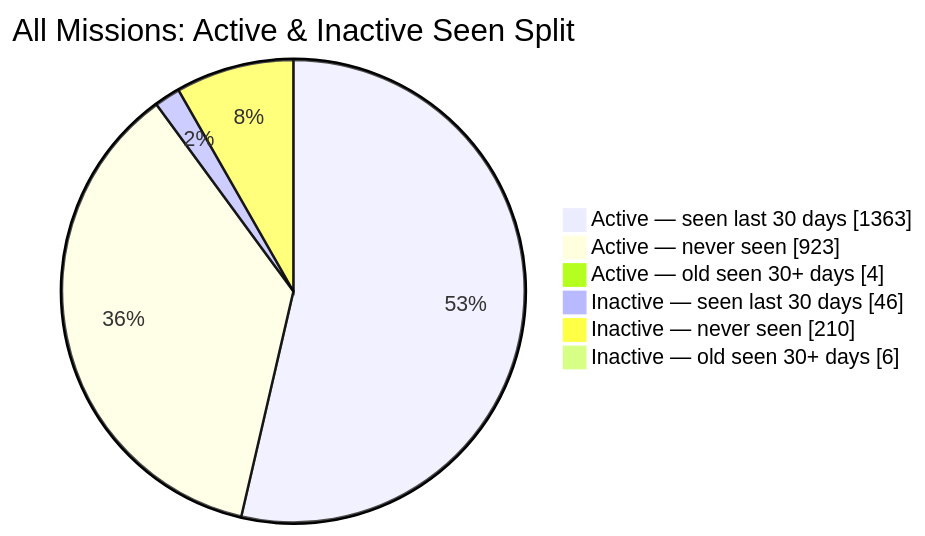
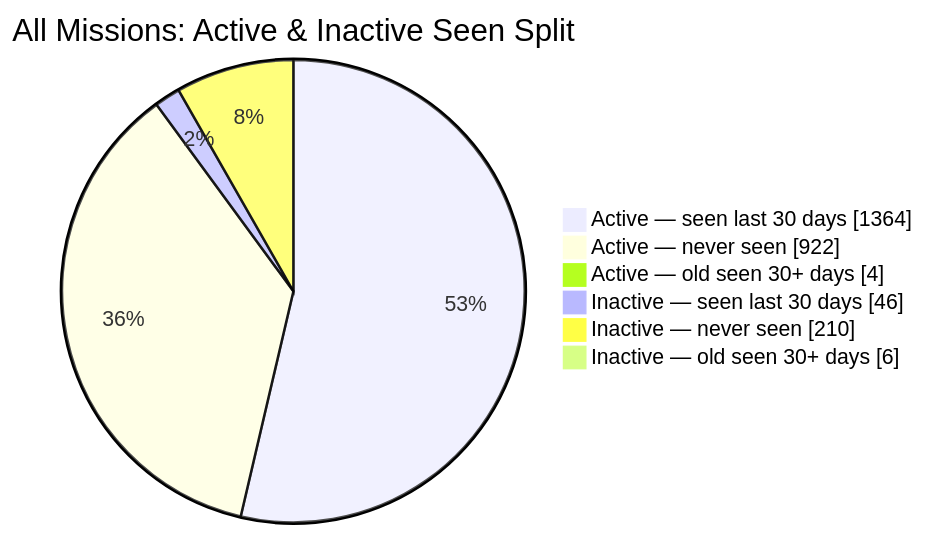
The second of 2 diagrams in README.md (MeldkamerspelGameTeam/active-missions), drawn with Mermaid before and after one commit. The commit also changed other lines of this file and 2 other files, not shown here.

````diff
--- a/README.md
+++ b/README.md
@@ -44,10 +44,10 @@
 ```mermaid
 pie showData
     title All Missions: Active & Inactive Seen Split
-    "Active — seen last 30 days" : 1363
-    "Active — never seen" : 923
+    "Active — seen last 30 days" : 1364
+    "Active — never seen" : 922
     "Active — old seen 30+ days" : 4
     "Inactive — seen last 30 days" : 46
     "Inactive — never seen" : 210
     "Inactive — old seen 30+ days" : 6
 ```
````
